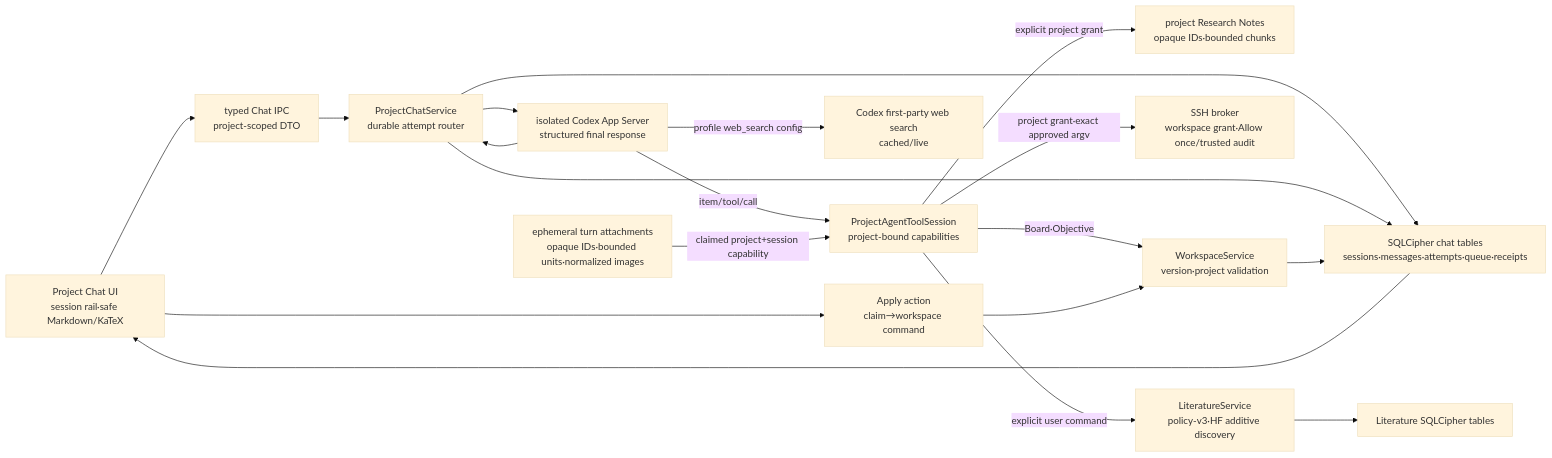
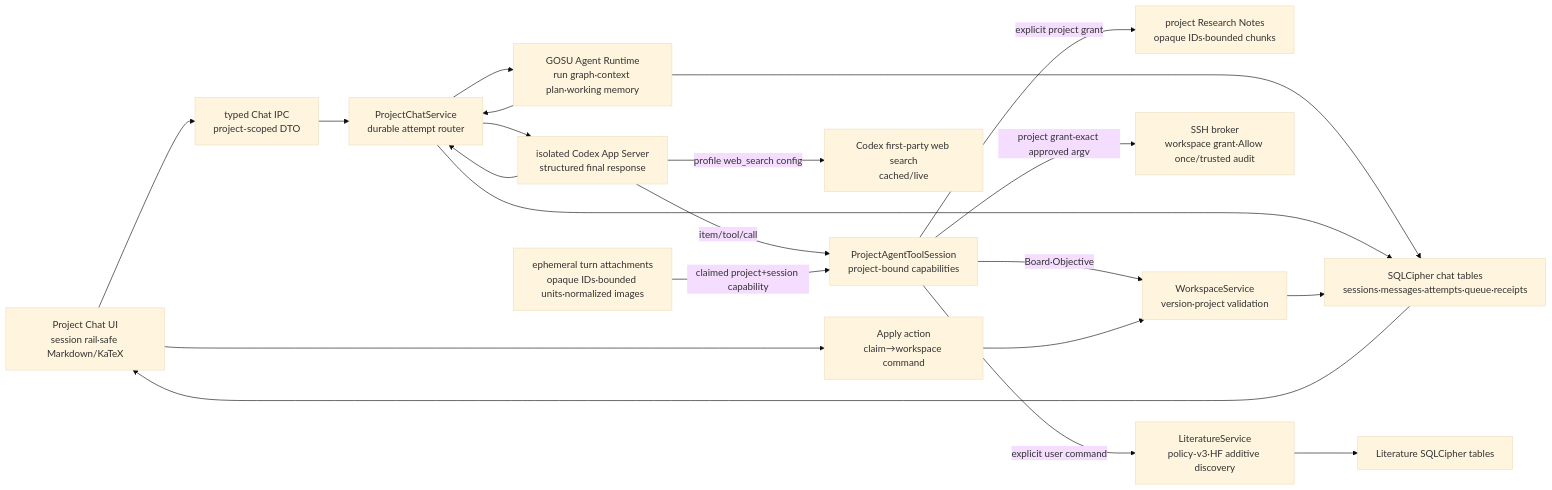
The seventh of 8 diagrams in docs/ARCHITECTURE.md (gli-minsuk-shin/GOSU), drawn with Mermaid (base theme) before and after one commit. The commit also changed other lines of this file and 16 other files, not shown here.

Commit message:
feat(desktop): add native agent runtime

````diff
--- a/docs/ARCHITECTURE.md
+++ b/docs/ARCHITECTURE.md
@@ -2328,31 +2328,33 @@
 ```mermaid
 flowchart LR
   ChatUI["Project Chat UI\nsession rail·safe Markdown/KaTeX"]
   ChatIPC["typed Chat IPC\nproject-scoped DTO"]
   ChatService["ProjectChatService\ndurable attempt router"]
+  AgentRuntime["GOSU Agent Runtime\nrun graph·context plan·working memory"]
   ToolGateway["ProjectAgentToolSession\nproject-bound capabilities"]
   Codex["isolated Codex App Server\nstructured final response"]
   Vault["project Research Notes\nopaque IDs·bounded chunks"]
   Attachments["ephemeral turn attachments\nopaque IDs·bounded units·normalized images"]
   Literature["LiteratureService\npolicy-v3·HF additive discovery"]
   LiteratureDB["Literature SQLCipher tables"]
   Web["Codex first-party web search\ncached/live"]
   SSH["SSH broker\nworkspace grant·Allow once/trusted audit"]
   ChatDB["SQLCipher chat tables\nsessions·messages·attempts·queue·receipts"]
   Approval["Apply action\nclaim→workspace command"]
   Workspace["WorkspaceService\nversion·project validation"]
 
-  ChatUI --> ChatIPC --> ChatService --> ChatDB
+  ChatUI --> ChatIPC --> ChatService --> AgentRuntime --> ChatDB
+  AgentRuntime --> ChatService
   ChatService --> Codex
   Codex -->|"item/tool/call"| ToolGateway
   ToolGateway -->|"Board·Objective"| Workspace
   ToolGateway -->|"explicit project grant"| Vault
   Attachments -->|"claimed project+session capability"| ToolGateway
   ToolGateway -->|"explicit user command"| Literature --> LiteratureDB
   ToolGateway -->|"project grant·exact approved argv"| SSH
   Codex -->|"profile web_search config"| Web
   Codex --> ChatService --> ChatDB
   ChatDB --> ChatUI
   ChatUI --> Approval --> Workspace
   Workspace --> ChatDB
 ```
````
